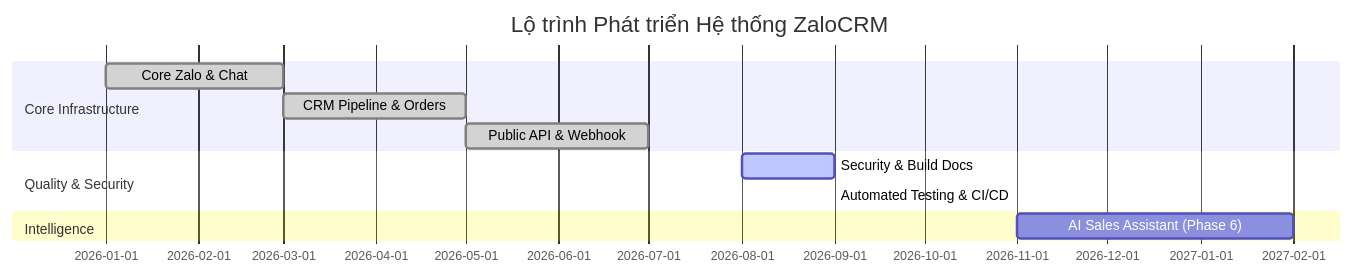
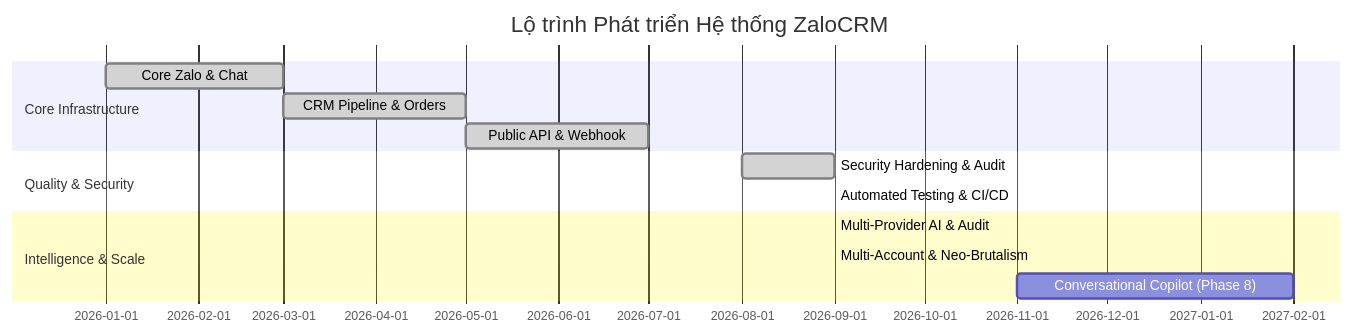
The diagram in docs/project-roadmap.md (duynghien/ZaloCRM), drawn with Mermaid before and after one commit. The commit also changed other lines of this file and 7 other files, not shown here.

First line of the commit message:
docs: update technical docs for multi-provider AI, account rail, and CQA design

````diff
--- a/docs/project-roadmap.md
+++ b/docs/project-roadmap.md
@@ -7,14 +7,16 @@
 ```mermaid
 gantt
     title Lộ trình Phát triển Hệ thống ZaloCRM
     dateFormat  YYYY-MM
     section Core Infrastructure
     Core Zalo & Chat           :done,    des1, 2026-01, 2026-03
     CRM Pipeline & Orders      :done,    des2, 2026-03, 2026-05
     Public API & Webhook       :done,    des3, 2026-05, 2026-07
     section Quality & Security
-    Security & Build Docs      :active,  des4, 2026-08, 2026-09
-    Automated Testing & CI/CD  :active,    des5, 2026-09, 2026-09
-    section Intelligence
-    AI Sales Assistant (Phase 6):        des6, 2026-11, 2027-02
+    Security Hardening & Audit :done,    des4, 2026-08, 2026-09
+    Automated Testing & CI/CD  :done,    des5, 2026-09, 2026-09
+    section Intelligence & Scale
+    Multi-Provider AI & Audit  :done,    des6, 2026-09, 2026-09
+    Multi-Account & Neo-Brutalism :done, des7, 2026-09, 2026-09
+    Conversational Copilot (Phase 8) :  des8, 2026-11, 2027-02
 ```
````
